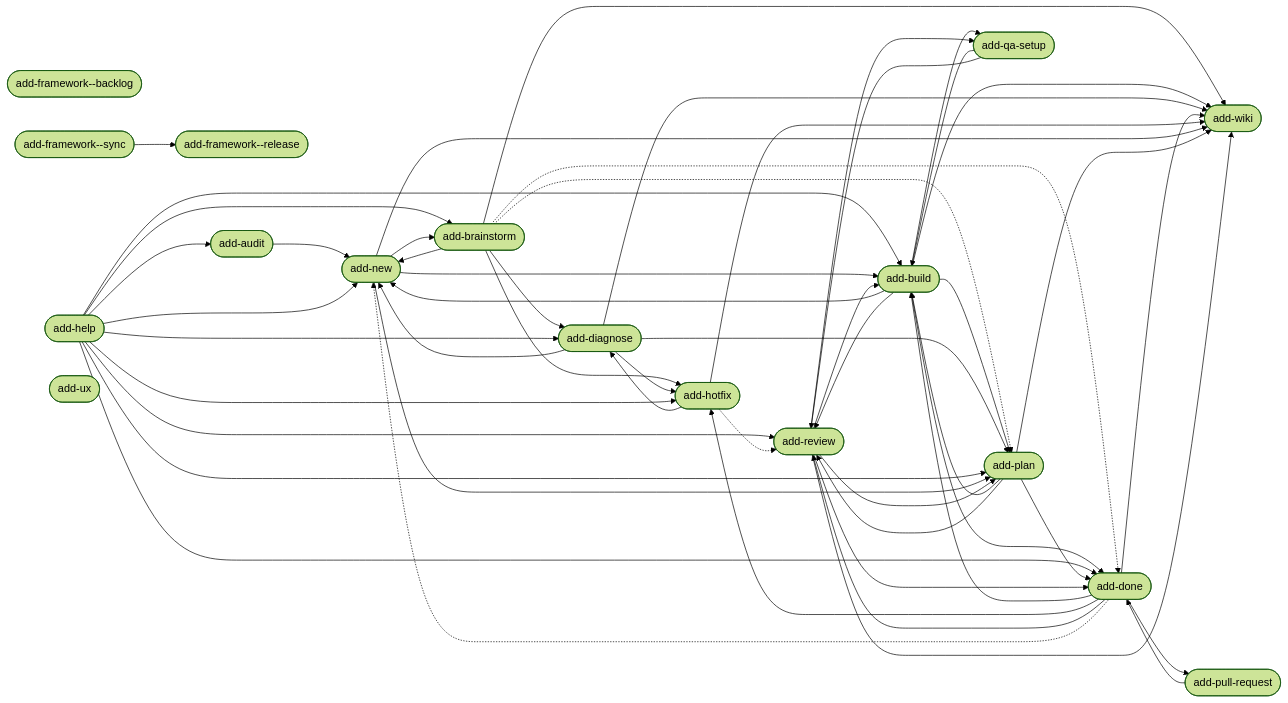
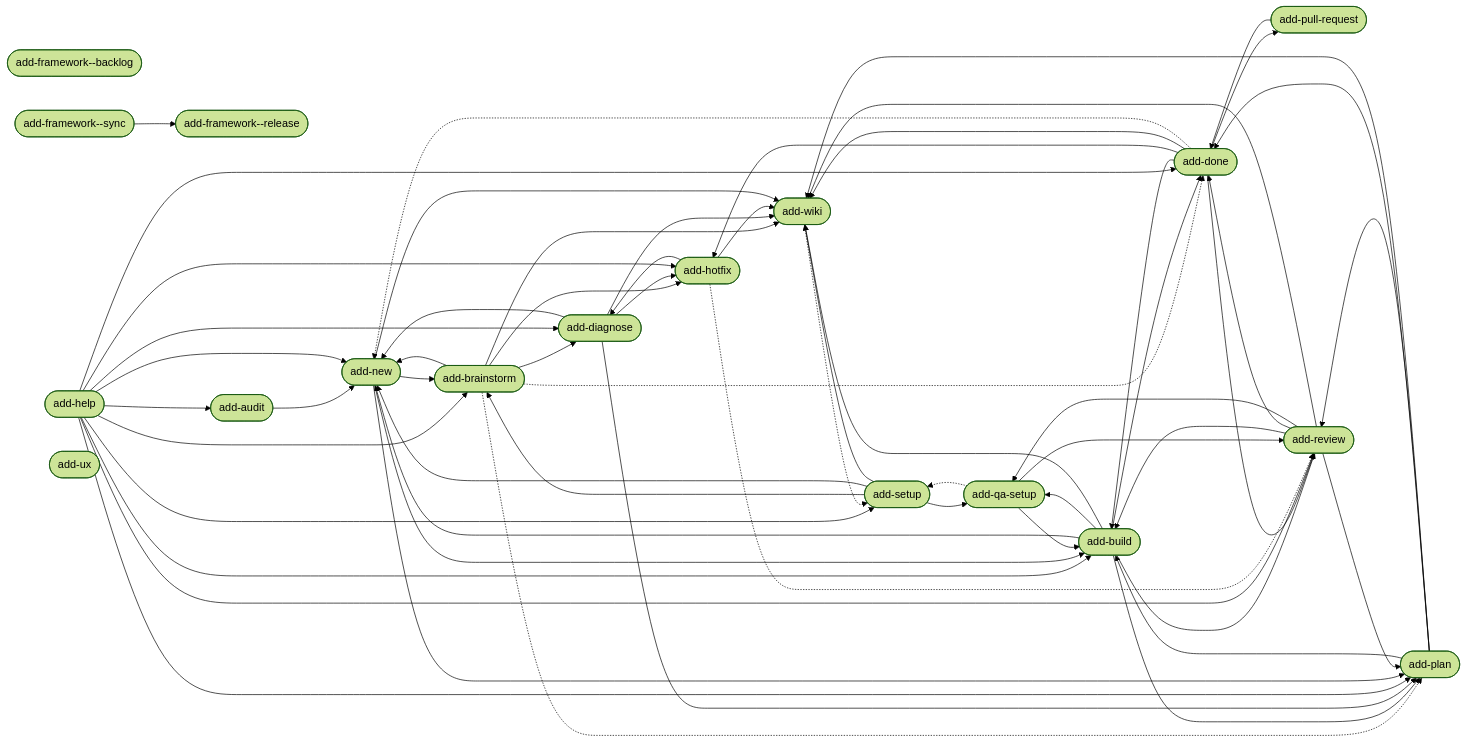
Before and after one commit to brabos-ai/code-addiction: the diagram in web/public/artefact-graph.mmd, drawn with Mermaid (forest theme). The commit also changed 5 other files, not shown here.

```diff
--- a/web/public/artefact-graph.mmd
+++ b/web/public/artefact-graph.mmd
@@ -1,70 +1,78 @@
 flowchart LR
     n_internal_command_add_framework__backlog(["add-framework--backlog"])
     n_internal_command_add_framework__release(["add-framework--release"])
     n_internal_command_add_framework__sync(["add-framework--sync"])
     n_product_command_add_audit(["add-audit"])
     n_product_command_add_brainstorm(["add-brainstorm"])
     n_product_command_add_build(["add-build"])
     n_product_command_add_diagnose(["add-diagnose"])
     n_product_command_add_done(["add-done"])
     n_product_command_add_help(["add-help"])
     n_product_command_add_hotfix(["add-hotfix"])
     n_product_command_add_new(["add-new"])
     n_product_command_add_plan(["add-plan"])
     n_product_command_add_pull_request(["add-pull-request"])
     n_product_command_add_qa_setup(["add-qa-setup"])
     n_product_command_add_review(["add-review"])
+    n_product_command_add_setup(["add-setup"])
     n_product_command_add_ux(["add-ux"])
     n_product_command_add_wiki(["add-wiki"])
     n_internal_command_add_framework__sync --> n_internal_command_add_framework__release
     n_product_command_add_audit --> n_product_command_add_new
     n_product_command_add_brainstorm --> n_product_command_add_diagnose
     n_product_command_add_brainstorm --> n_product_command_add_hotfix
     n_product_command_add_brainstorm --> n_product_command_add_new
     n_product_command_add_brainstorm --> n_product_command_add_wiki
     n_product_command_add_brainstorm -.-> n_product_command_add_done
     n_product_command_add_brainstorm -.-> n_product_command_add_plan
     n_product_command_add_build --> n_product_command_add_done
     n_product_command_add_build --> n_product_command_add_new
     n_product_command_add_build --> n_product_command_add_plan
     n_product_command_add_build --> n_product_command_add_qa_setup
     n_product_command_add_build --> n_product_command_add_review
     n_product_command_add_build --> n_product_command_add_wiki
     n_product_command_add_diagnose --> n_product_command_add_hotfix
     n_product_command_add_diagnose --> n_product_command_add_new
     n_product_command_add_diagnose --> n_product_command_add_plan
     n_product_command_add_diagnose --> n_product_command_add_wiki
     n_product_command_add_done --> n_product_command_add_build
     n_product_command_add_done --> n_product_command_add_hotfix
     n_product_command_add_done --> n_product_command_add_pull_request
     n_product_command_add_done --> n_product_command_add_review
     n_product_command_add_done --> n_product_command_add_wiki
     n_product_command_add_done -.-> n_product_command_add_new
     n_product_command_add_help --> n_product_command_add_audit
     n_product_command_add_help --> n_product_command_add_brainstorm
     n_product_command_add_help --> n_product_command_add_build
     n_product_command_add_help --> n_product_command_add_diagnose
     n_product_command_add_help --> n_product_command_add_done
     n_product_command_add_help --> n_product_command_add_hotfix
     n_product_command_add_help --> n_product_command_add_new
     n_product_command_add_help --> n_product_command_add_plan
     n_product_command_add_help --> n_product_command_add_review
+    n_product_command_add_help --> n_product_command_add_setup
     n_product_command_add_hotfix --> n_product_command_add_diagnose
     n_product_command_add_hotfix --> n_product_command_add_wiki
     n_product_command_add_hotfix -.-> n_product_command_add_review
     n_product_command_add_new --> n_product_command_add_brainstorm
     n_product_command_add_new --> n_product_command_add_build
     n_product_command_add_new --> n_product_command_add_plan
     n_product_command_add_new --> n_product_command_add_wiki
     n_product_command_add_plan --> n_product_command_add_build
     n_product_command_add_plan --> n_product_command_add_done
     n_product_command_add_plan --> n_product_command_add_review
     n_product_command_add_plan --> n_product_command_add_wiki
     n_product_command_add_pull_request --> n_product_command_add_done
     n_product_command_add_qa_setup --> n_product_command_add_build
     n_product_command_add_qa_setup --> n_product_command_add_review
+    n_product_command_add_qa_setup -.-> n_product_command_add_setup
     n_product_command_add_review --> n_product_command_add_build
     n_product_command_add_review --> n_product_command_add_done
     n_product_command_add_review --> n_product_command_add_plan
     n_product_command_add_review --> n_product_command_add_qa_setup
     n_product_command_add_review --> n_product_command_add_wiki
+    n_product_command_add_setup --> n_product_command_add_brainstorm
+    n_product_command_add_setup --> n_product_command_add_new
+    n_product_command_add_setup --> n_product_command_add_qa_setup
+    n_product_command_add_setup --> n_product_command_add_wiki
+    n_product_command_add_wiki -.-> n_product_command_add_setup
```
